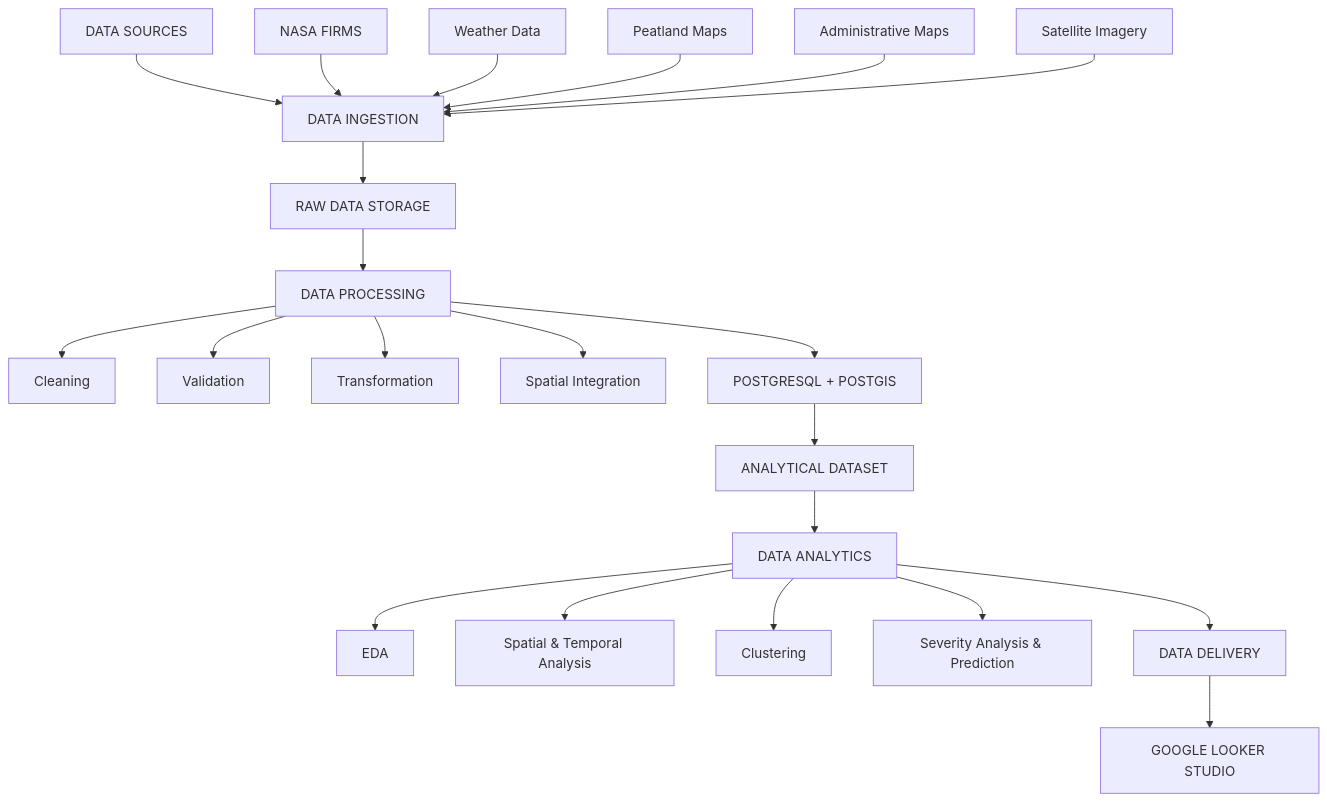
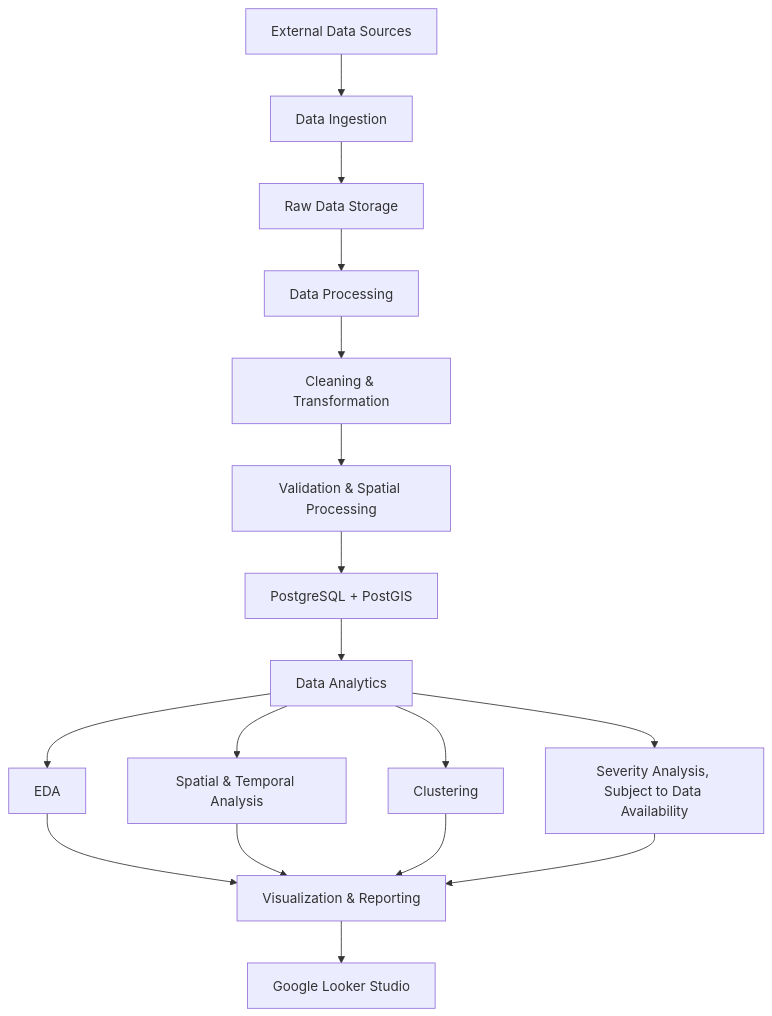
Before and after one commit to silitnop/karhutla-spatial-temporal-analysis: the diagram in README.md, drawn with Mermaid. The commit also changed other lines of this file, not shown here.

````diff
--- a/README.md
+++ b/README.md
@@ -408,51 +367,19 @@
 ```mermaid
 flowchart TD
-    A["DATA SOURCES"]
-    A1["NASA FIRMS"]
-    A2["Weather Data"]
-    A3["Peatland Maps"]
-    A4["Administrative Maps"]
-    A5["Satellite Imagery"]
-
-    B["DATA INGESTION"]
-    C["RAW DATA STORAGE"]
-    D["DATA PROCESSING"]
-    D1["Cleaning"]
-    D2["Validation"]
-    D3["Transformation"]
-    D4["Spatial Integration"]
-
-    E["POSTGRESQL + POSTGIS"]
-    F["ANALYTICAL DATASET"]
-
-    G["DATA ANALYTICS"]
-    G1["EDA"]
-    G2["Spatial & Temporal Analysis"]
-    G3["Clustering"]
-    G4["Severity Analysis & Prediction"]
-
-    H["DATA DELIVERY"]
-    I["GOOGLE LOOKER STUDIO"]
-
-    A --> B
-    A1 --> B
-    A2 --> B
-    A3 --> B
-    A4 --> B
-    A5 --> B
-    B --> C
-    C --> D
-    D --> D1
-    D --> D2
-    D --> D3
-    D --> D4
-    D --> E
-    E --> F
-    F --> G
-    G --> G1
-    G --> G2
-    G --> G3
-    G --> G4
-    G --> H
-    H --> I
+    A[External Data Sources] --> B[Data Ingestion]
+    B --> C[Raw Data Storage]
+    C --> D[Data Processing]
+    D --> E[Cleaning & Transformation]
+    E --> F[Validation & Spatial Processing]
+    F --> G[PostgreSQL + PostGIS]
+    G --> H[Data Analytics]
+    H --> I[EDA]
+    H --> J[Spatial & Temporal Analysis]
+    H --> K[Clustering]
+    H --> L[Severity Analysis, Subject to Data Availability]
+    I --> M[Visualization & Reporting]
+    J --> M
+    K --> M
+    L --> M
+    M --> N[Google Looker Studio]
 ```
````
